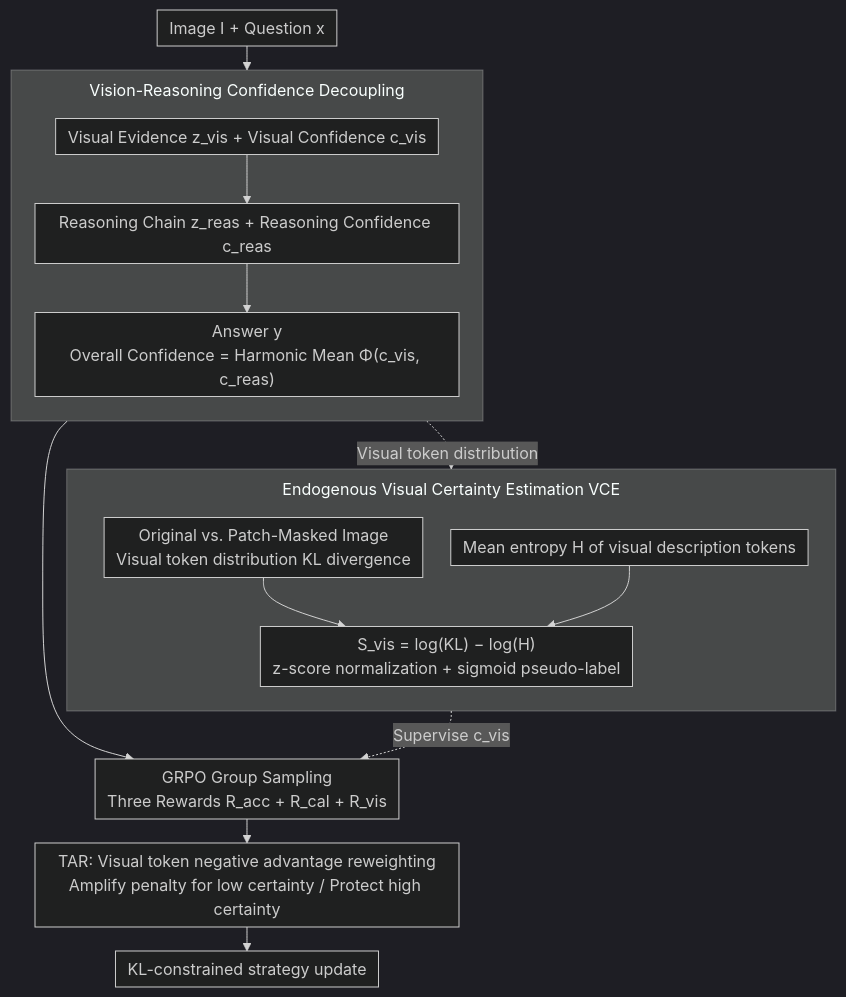
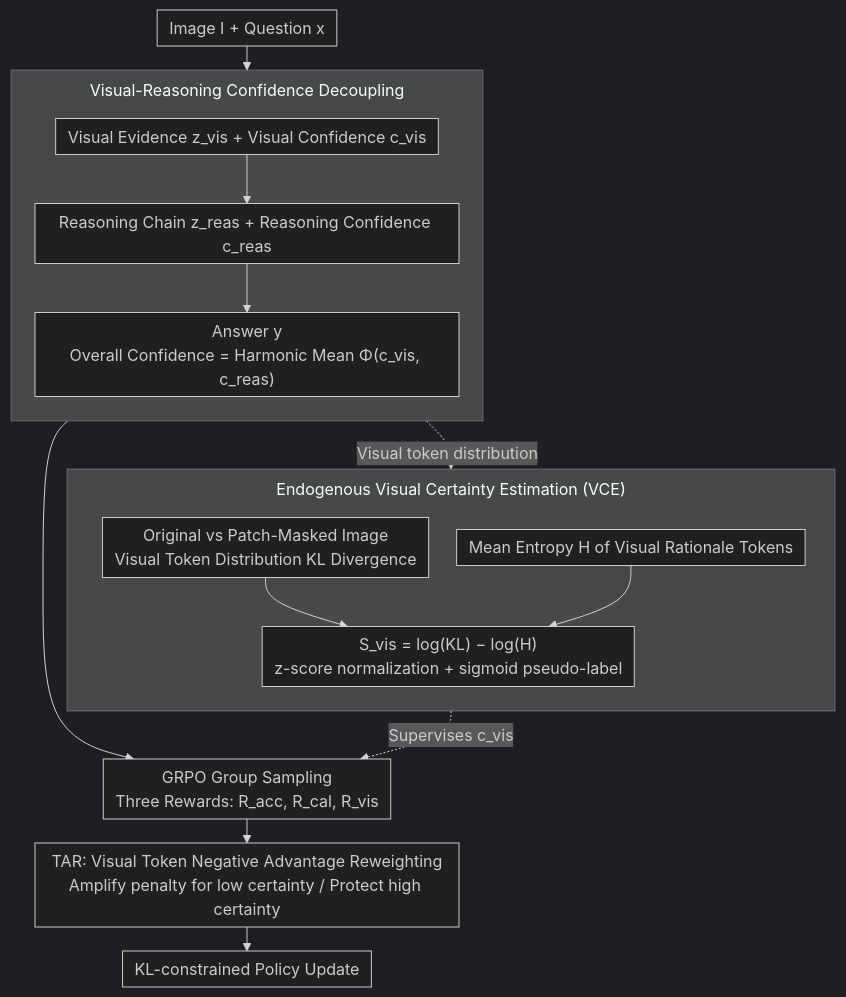
Before and after one commit to zhaoyang97/Paper-Notes-en: the diagram in docs/ACL2026/vlm_reasoning/vl-calibration_decoupled_confidence_calibration_for_large_vision-language_models.md, drawn with Mermaid (dark theme). The commit also changed other lines of this file and 5084 other files, not shown here.

````diff
--- a/docs/ACL2026/vlm_reasoning/vl-calibration_decoupled_confidence_calibration_for_large_vision-language_models.md
+++ b/docs/ACL2026/vlm_reasoning/vl-calibration_decoupled_confidence_calibration_for_large_vision-language_models.md
@@ -46,20 +46,20 @@
 ```mermaid
 %%{init: {'flowchart': {'rankSpacing': 24, 'nodeSpacing': 28, 'padding': 6, 'wrappingWidth': 400, 'subGraphTitleMargin': {'top': 8, 'bottom': 16}}}}%%
 flowchart TD
     A["Image I + Question x"] --> DEC
-    subgraph DEC["Vision-Reasoning Confidence Decoupling"]
+    subgraph DEC["Visual-Reasoning Confidence Decoupling"]
         direction TB
         B["Visual Evidence z_vis + Visual Confidence c_vis"] --> C["Reasoning Chain z_reas + Reasoning Confidence c_reas"]
         C --> D["Answer y<br/>Overall Confidence = Harmonic Mean Φ(c_vis, c_reas)"]
     end
-    subgraph VCE["Endogenous Visual Certainty Estimation VCE"]
+    subgraph VCE["Endogenous Visual Certainty Estimation (VCE)"]
         direction TB
-        E["Original vs. Patch-Masked Image<br/>Visual token distribution KL divergence"] --> G["S_vis = log(KL) − log(H)<br/>z-score normalization + sigmoid pseudo-label"]
-        F["Mean entropy H of visual description tokens"] --> G
+        E["Original vs Patch-Masked Image<br/>Visual Token Distribution KL Divergence"] --> G["S_vis = log(KL) − log(H)<br/>z-score normalization + sigmoid pseudo-label"]
+        F["Mean Entropy H of Visual Rationale Tokens"] --> G
     end
     DEC -. Visual token distribution .-> VCE
-    DEC --> H["GRPO Group Sampling<br/>Three Rewards R_acc + R_cal + R_vis"]
-    G -. Supervise c_vis .-> H
-    H --> I["TAR: Visual token negative advantage reweighting<br/>Amplify penalty for low certainty / Protect high certainty"]
-    I --> J["KL-constrained strategy update"]
+    DEC --> H["GRPO Group Sampling<br/>Three Rewards: R_acc, R_cal, R_vis"]
+    G -. Supervises c_vis .-> H
+    H --> I["TAR: Visual Token Negative Advantage Reweighting<br/>Amplify penalty for low certainty / Protect high certainty"]
+    I --> J["KL-constrained Policy Update"]
 ```
````
